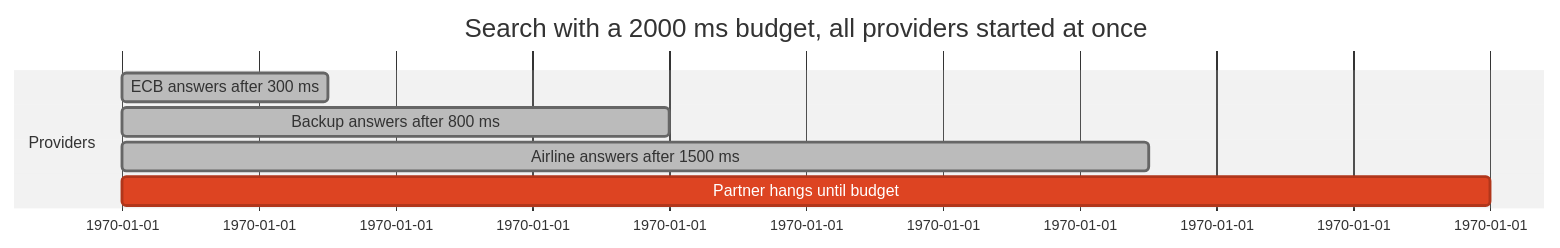
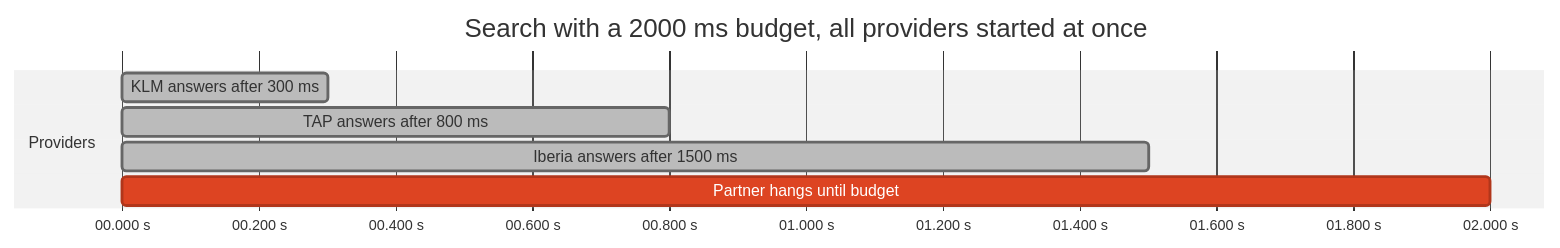
The second of 2 diagrams in tasks/23-quote-aggregator.md (Chris013/java-practice), drawn with Mermaid (neutral theme) before and after one commit. The commit also changed other lines of this file and 3 other files, not shown here.

````diff
--- a/tasks/23-quote-aggregator.md
+++ b/tasks/23-quote-aggregator.md
@@ -54,10 +54,11 @@
 ```mermaid
 gantt
     title Search with a 2000 ms budget, all providers started at once
     dateFormat x
+    axisFormat %S.%L s
     section Providers
-    ECB answers after 300 ms       :done, e1, 0, 300
-    Backup answers after 800 ms    :done, b1, 0, 800
-    Airline answers after 1500 ms  :done, a1, 0, 1500
+    KLM answers after 300 ms       :done, k1, 0, 300
+    TAP answers after 800 ms       :done, t1, 0, 800
+    Iberia answers after 1500 ms   :done, i1, 0, 1500
     Partner hangs until budget     :crit, p1, 0, 2000
 ```
````
